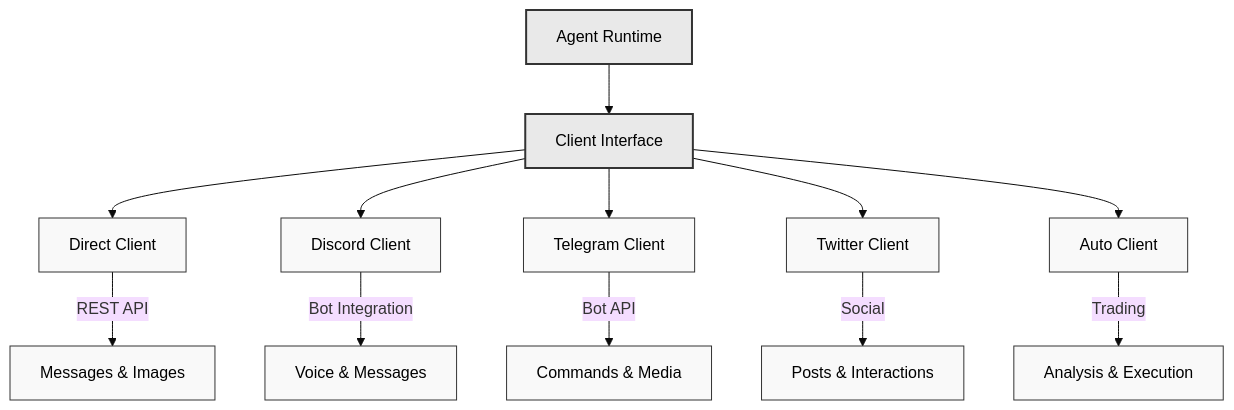
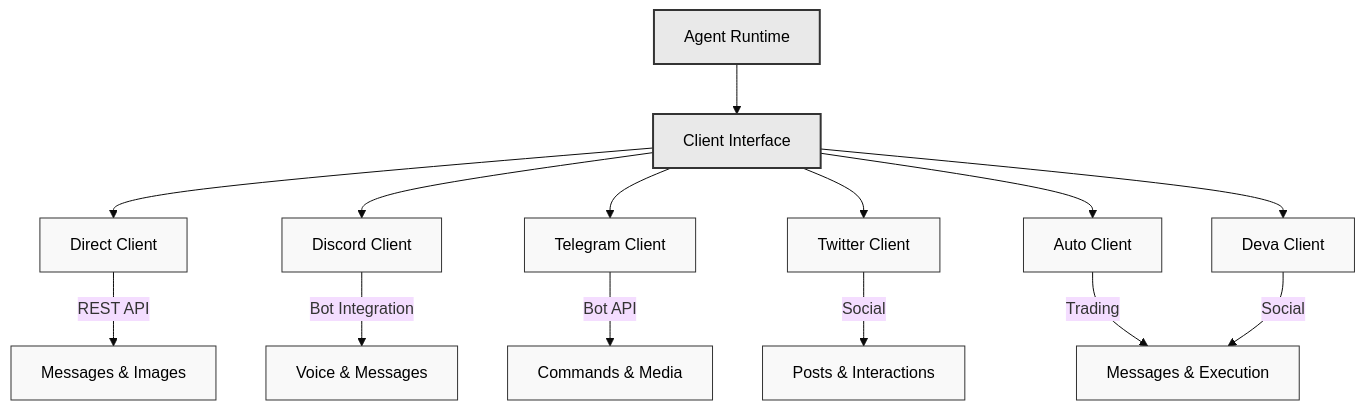
One commit to oleksii-dy/eliza_starter changed the diagram in docs/docs/packages/clients.md. Above: the diagram before and after it, drawn with Mermaid (base theme). The commit also changed other lines of this file, not shown here.

````diff
--- a/docs/docs/packages/clients.md
+++ b/docs/docs/packages/clients.md
@@ -9,26 +9,28 @@
 ```mermaid
 graph TD
     RT["Agent Runtime"]
     CI["Client Interface"]
     RT --> CI
 
     %% Main Clients
     CI --> DC["Direct Client"]
     CI --> DSC["Discord Client"]
     CI --> TC["Telegram Client"]
     CI --> TWC["Twitter Client"]
     CI --> AC["Auto Client"]
+    CI --> DEVA["Deva Client"]
 
     %% Key Features - one per client for clarity
     DC --> |"REST API"| DC1["Messages & Images"]
     DSC --> |"Bot Integration"| DSC1["Voice & Messages"]
     TC --> |"Bot API"| TC1["Commands & Media"]
     TWC --> |"Social"| TWC1["Posts & Interactions"]
     AC --> |"Trading"| AC1["Analysis & Execution"]
+    DEVA --> |"Social"| AC1["Messages & Execution"]
 
     %% Simple styling with better contrast and black text
     classDef default fill:#f9f9f9,stroke:#333,stroke-width:1px,color:black
     classDef highlight fill:#e9e9e9,stroke:#333,stroke-width:2px,color:black
 
     class RT,CI highlight
 ```
````
